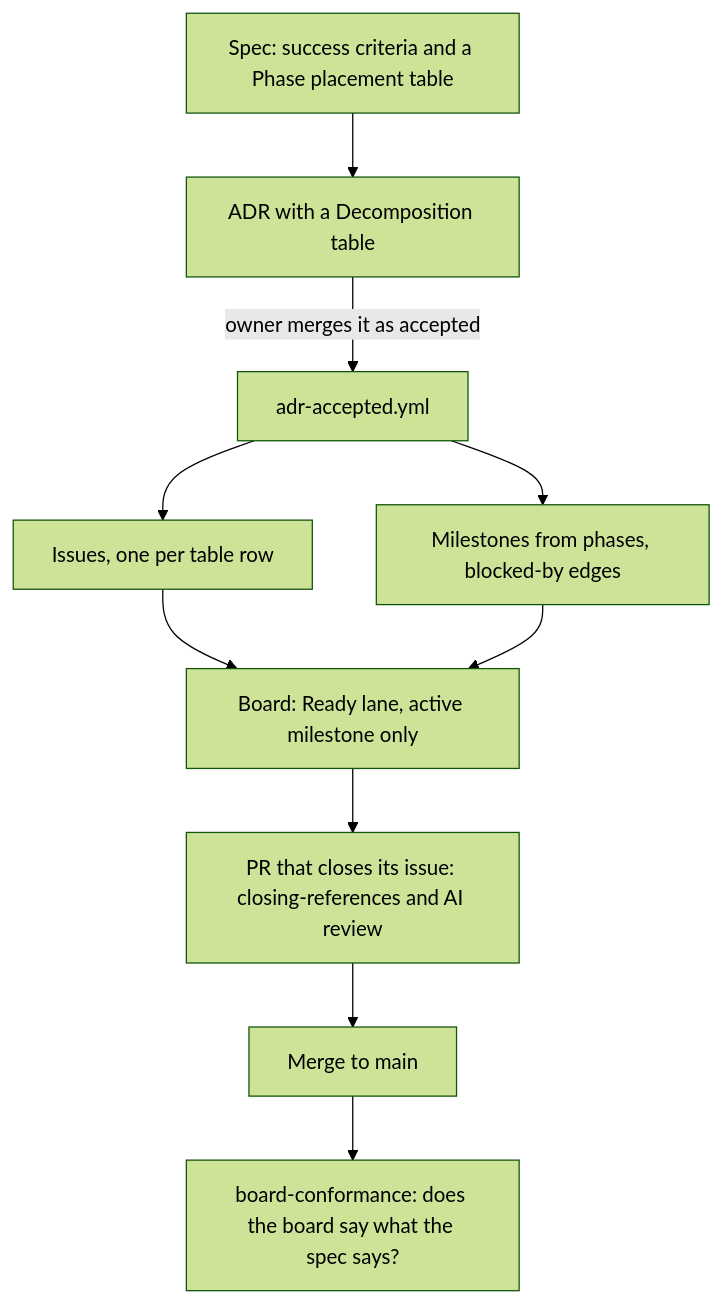
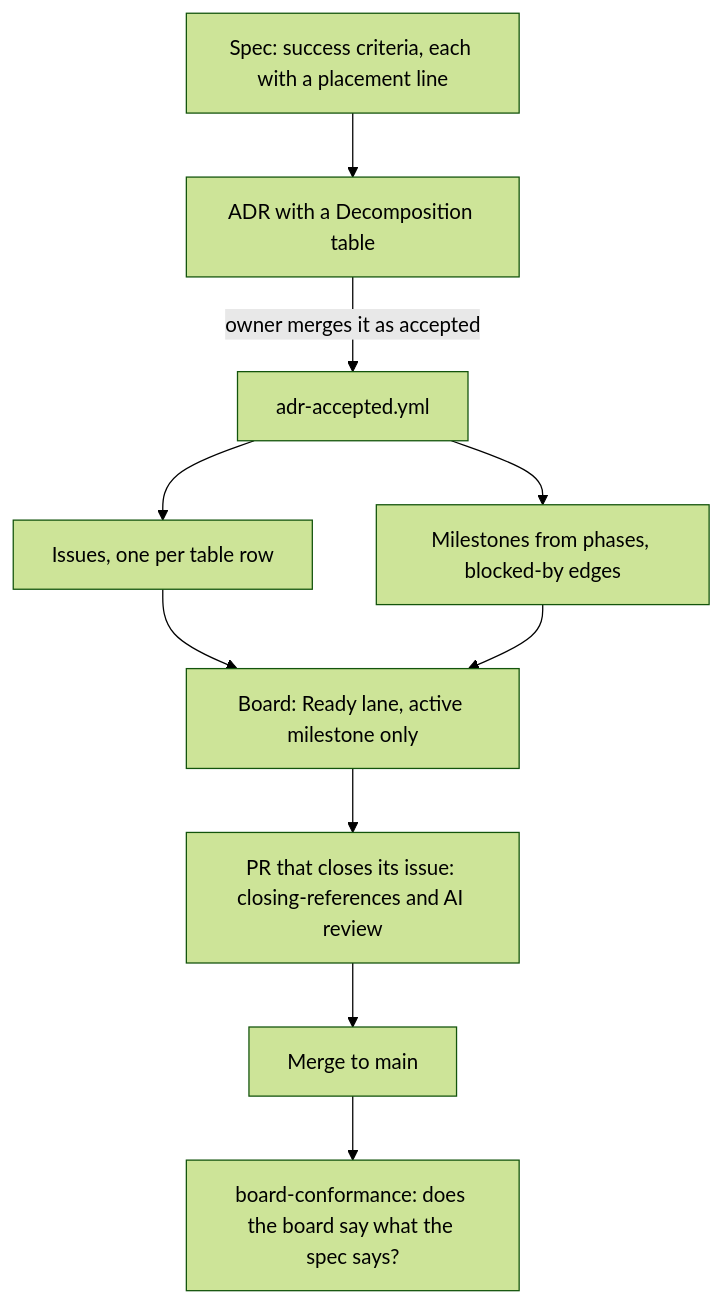
One commit to hornjason/rungate changed the diagram in README.md. Above: the diagram before and after it, drawn with Mermaid (forest theme). The commit also changed 3 other files, not shown here.

Commit message:
README, the work-flow guide and the plan-spec summary name the placement line as a criterion's phase (2795)

````diff
--- a/README.md
+++ b/README.md
@@ -28,12 +28,12 @@
 ```mermaid
 flowchart TD
-  S["Spec: success criteria and a Phase placement table"] --> A["ADR with a Decomposition table"]
+  S["Spec: success criteria, each with a placement line"] --> A["ADR with a Decomposition table"]
   A -->|"owner merges it as accepted"| W["adr-accepted.yml"]
   W --> I["Issues, one per table row"]
   W --> M["Milestones from phases, blocked-by edges"]
   I --> R["Board: Ready lane, active milestone only"]
   M --> R
   R --> P["PR that closes its issue: closing-references and AI review"]
   P --> G["Merge to main"]
   G --> C["board-conformance: does the board say what the spec says?"]
 ```
````
